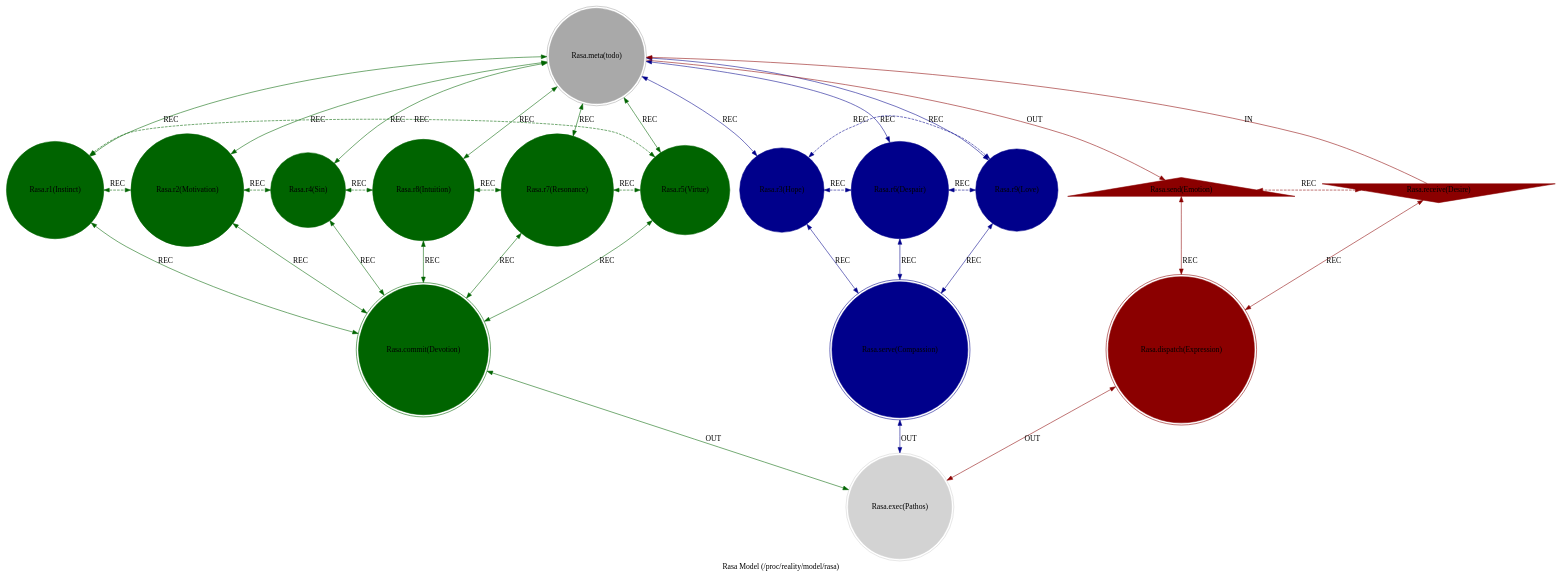
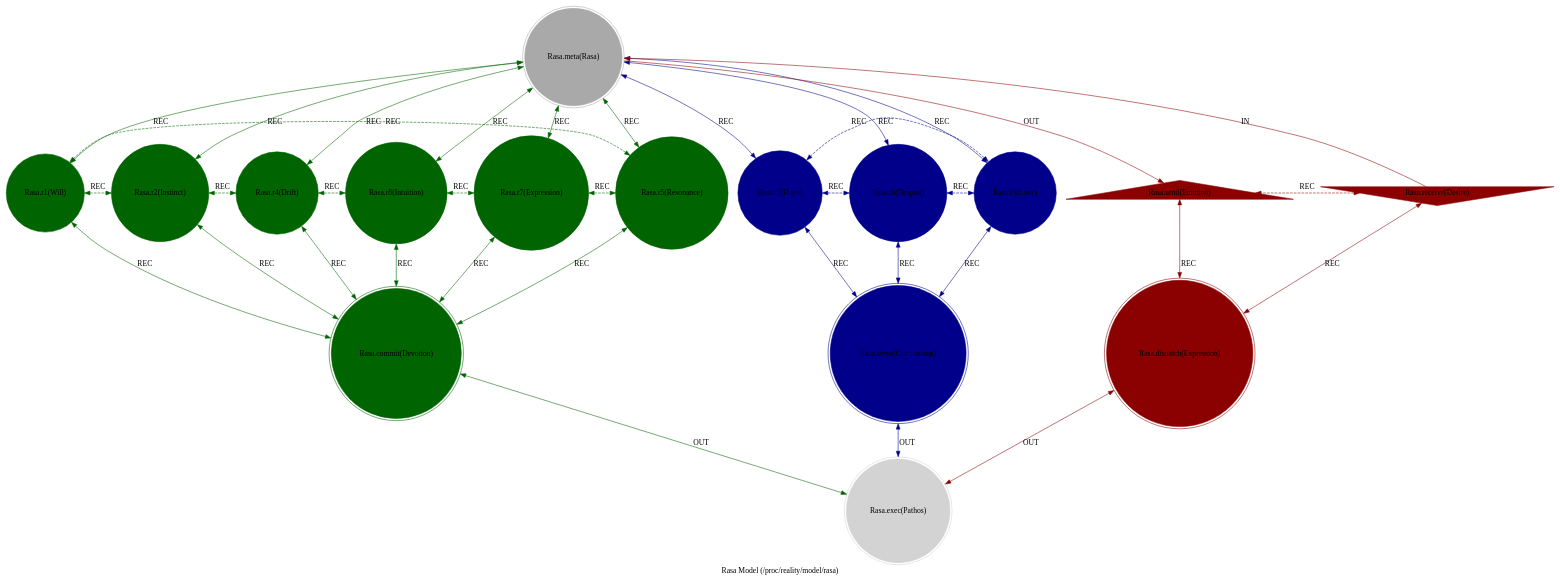
One commit to cilang/mythos changed the diagram in src/includes/model/mythos_model_rasa.dot. Above: the diagram before and after it, drawn with Graphviz. The commit also changed 4 other files, not shown here.

```diff
--- a/src/includes/model/mythos_model_rasa.dot
+++ b/src/includes/model/mythos_model_rasa.dot
@@ -1,64 +1,64 @@
 strict digraph RasaModel {
     style = filled;
     color = lightgray;
     node [shape = circle; style = filled; color = lightgreen;];
     edge [color = darkgray;];
     label = "Rasa Model (/proc/reality/model/rasa)";
     comment = "TODO";
     
-    spark_0_rasa_model_t [label = "Rasa.meta(todo)";comment = "Abstract: TODO";shape = doublecircle;color = darkgray;];
-    spark_1_rasa_model_t [label = "Rasa.r1(Instinct)";comment = "Initiation: TODO";color = darkgreen;];
-    spark_2_rasa_model_t [label = "Rasa.r2(Motivation)";comment = "Response: TODO";color = darkgreen;];
-    spark_4_rasa_model_t [label = "Rasa.r4(Sin)";comment = "Integration: TODO";color = darkgreen;];
+    spark_0_rasa_model_t [label = "Rasa.meta(Rasa)";comment = "Abstract: TODO";shape = doublecircle;color = darkgray;];
+    spark_1_rasa_model_t [label = "Rasa.r1(Will)";comment = "Initiation: TODO";color = darkgreen;];
+    spark_2_rasa_model_t [label = "Rasa.r2(Instinct)";comment = "Response: TODO";color = darkgreen;];
+    spark_4_rasa_model_t [label = "Rasa.r4(Drift)";comment = "Integration: TODO";color = darkgreen;];
     spark_8_rasa_model_t [label = "Rasa.r8(Intuition)";comment = "Reflection: TODO";color = darkgreen;];
-    spark_7_rasa_model_t [label = "Rasa.r7(Resonance)";comment = "Consolidation: TODO";color = darkgreen;];
-    spark_5_rasa_model_t [label = "Rasa.r5(Virtue)";comment = "Propagation: TODO";color = darkgreen;];
+    spark_7_rasa_model_t [label = "Rasa.r7(Expression)";comment = "Consolidation: TODO";color = darkgreen;];
+    spark_5_rasa_model_t [label = "Rasa.r5(Resonance)";comment = "Propagation: TODO";color = darkgreen;];
     spark_3_rasa_model_t [label = "Rasa.r3(Hope)";comment = "Thesis: TODO";color = darkblue;];
     spark_6_rasa_model_t [label = "Rasa.r6(Despair)";comment = "Antithesis: TODO";color = darkblue;];
     spark_9_rasa_model_t [label = "Rasa.r9(Love)";comment = "Synthesis: TODO";color = darkblue;];
     spark_a_rasa_model_t [label = "Rasa.receive(Desire)";comment = "Potential: A raw, undirected drive.";shape = invtriangle;color = darkred;];
     spark_b_rasa_model_t [label = "Rasa.send(Emotion)";comment = "Manifest: The complex feeling that arises from evaluated desire.";shape = triangle;color = darkred;];
     spark_c_rasa_model_t [label = "Rasa.dispatch(Expression)";comment = "Why-Who: TODO";shape = doublecircle;color = darkred;];
     spark_d_rasa_model_t [label = "Rasa.commit(Devotion)";comment = "What-How: TODO";shape = doublecircle;color = darkgreen;];
     spark_e_rasa_model_t [label = "Rasa.serve(Compassion)";comment = "When-Where: TODO";shape = doublecircle;color = darkblue;];
     spark_f_rasa_model_t [label = "Rasa.exec(Pathos)";comment = "Which-Closure: TODO";shape = doublecircle;color = lightgray;];
     
     spark_a_rasa_model_t -> spark_0_rasa_model_t [label = "IN"; comment = "todo"; color = darkred; constraint = false;];
     spark_0_rasa_model_t -> spark_b_rasa_model_t [label = "OUT"; comment = "todo"; color = darkred;];
     spark_0_rasa_model_t -> spark_3_rasa_model_t [label = "REC"; comment = "todo"; color = darkblue; dir = both;];
     spark_0_rasa_model_t -> spark_6_rasa_model_t [label = "REC"; comment = "todo"; color = darkblue; dir = both;];
     spark_0_rasa_model_t -> spark_9_rasa_model_t [label = "REC"; comment = "todo"; color = darkblue; dir = both;];
     spark_0_rasa_model_t -> spark_1_rasa_model_t [label = "REC"; comment = "todo"; color = darkgreen; dir = both;];
     spark_0_rasa_model_t -> spark_2_rasa_model_t [label = "REC"; comment = "todo"; color = darkgreen; dir = both;];
     spark_0_rasa_model_t -> spark_4_rasa_model_t [label = "REC"; comment = "todo"; color = darkgreen; dir = both;];
     spark_0_rasa_model_t -> spark_8_rasa_model_t [label = "REC"; comment = "todo"; color = darkgreen; dir = both;];
     spark_0_rasa_model_t -> spark_7_rasa_model_t [label = "REC"; comment = "todo"; color = darkgreen; dir = both;];
     spark_0_rasa_model_t -> spark_5_rasa_model_t [label = "REC"; comment = "todo"; color = darkgreen; dir = both;];
     
     spark_a_rasa_model_t -> spark_c_rasa_model_t [label = "REC"; comment = "todo"; color = darkred; dir = both;];
     spark_b_rasa_model_t -> spark_c_rasa_model_t [label = "REC"; comment = "todo"; color = darkred; dir = both;];
     spark_1_rasa_model_t -> spark_d_rasa_model_t [label = "REC"; comment = "todo"; color = darkgreen; dir = both;];
     spark_2_rasa_model_t -> spark_d_rasa_model_t [label = "REC"; comment = "todo"; color = darkgreen; dir = both;];
     spark_4_rasa_model_t -> spark_d_rasa_model_t [label = "REC"; comment = "todo"; color = darkgreen; dir = both;];
     spark_8_rasa_model_t -> spark_d_rasa_model_t [label = "REC"; comment = "todo"; color = darkgreen; dir = both;];
     spark_7_rasa_model_t -> spark_d_rasa_model_t [label = "REC"; comment = "todo"; color = darkgreen; dir = both;];
     spark_5_rasa_model_t -> spark_d_rasa_model_t [label = "REC"; comment = "todo"; color = darkgreen; dir = both;];
     spark_3_rasa_model_t -> spark_e_rasa_model_t [label = "REC"; comment = "todo"; color = darkblue; dir = both;];
     spark_6_rasa_model_t -> spark_e_rasa_model_t [label = "REC"; comment = "todo"; color = darkblue; dir = both;];
     spark_9_rasa_model_t -> spark_e_rasa_model_t [label = "REC"; comment = "todo"; color = darkblue; dir = both;];
     
     spark_1_rasa_model_t -> spark_2_rasa_model_t [label = "REC"; comment = "todo"; color = darkgreen; dir = both; style = dashed; constraint = false;];
     spark_2_rasa_model_t -> spark_4_rasa_model_t [label = "REC"; comment = "todo"; color = darkgreen; dir = both; style = dashed; constraint = false;];
     spark_4_rasa_model_t -> spark_8_rasa_model_t [label = "REC"; comment = "todo"; color = darkgreen; dir = both; style = dashed; constraint = false;];
     spark_8_rasa_model_t -> spark_7_rasa_model_t [label = "REC"; comment = "todo"; color = darkgreen; dir = both; style = dashed; constraint = false;];
     spark_7_rasa_model_t -> spark_5_rasa_model_t [label = "REC"; comment = "todo"; color = darkgreen; dir = both; style = dashed; constraint = false;];
     spark_5_rasa_model_t -> spark_1_rasa_model_t [label = "REC"; comment = "todo"; color = darkgreen; dir = both; style = dashed; constraint = false;];
     spark_3_rasa_model_t -> spark_6_rasa_model_t [label = "REC"; comment = "todo"; color = darkblue; dir = both; style = dashed; constraint = false;];
     spark_6_rasa_model_t -> spark_9_rasa_model_t [label = "REC"; comment = "todo"; color = darkblue; dir = both; style = dashed; constraint = false;];
     spark_9_rasa_model_t -> spark_3_rasa_model_t [label = "REC"; comment = "todo"; color = darkblue; dir = both; style = dashed; constraint = false;];
     spark_a_rasa_model_t -> spark_b_rasa_model_t [label = "REC"; comment = "todo"; color = darkred; dir = both; style = dashed; constraint = false;];
     
     spark_c_rasa_model_t -> spark_f_rasa_model_t [label = "OUT"; comment = "todo"; color = darkred; dir = both;];
     spark_d_rasa_model_t -> spark_f_rasa_model_t [label = "OUT"; comment = "todo"; color = darkgreen; dir = both;];
     spark_e_rasa_model_t -> spark_f_rasa_model_t [label = "OUT"; comment = "todo"; color = darkblue; dir = both;];
 }
```
